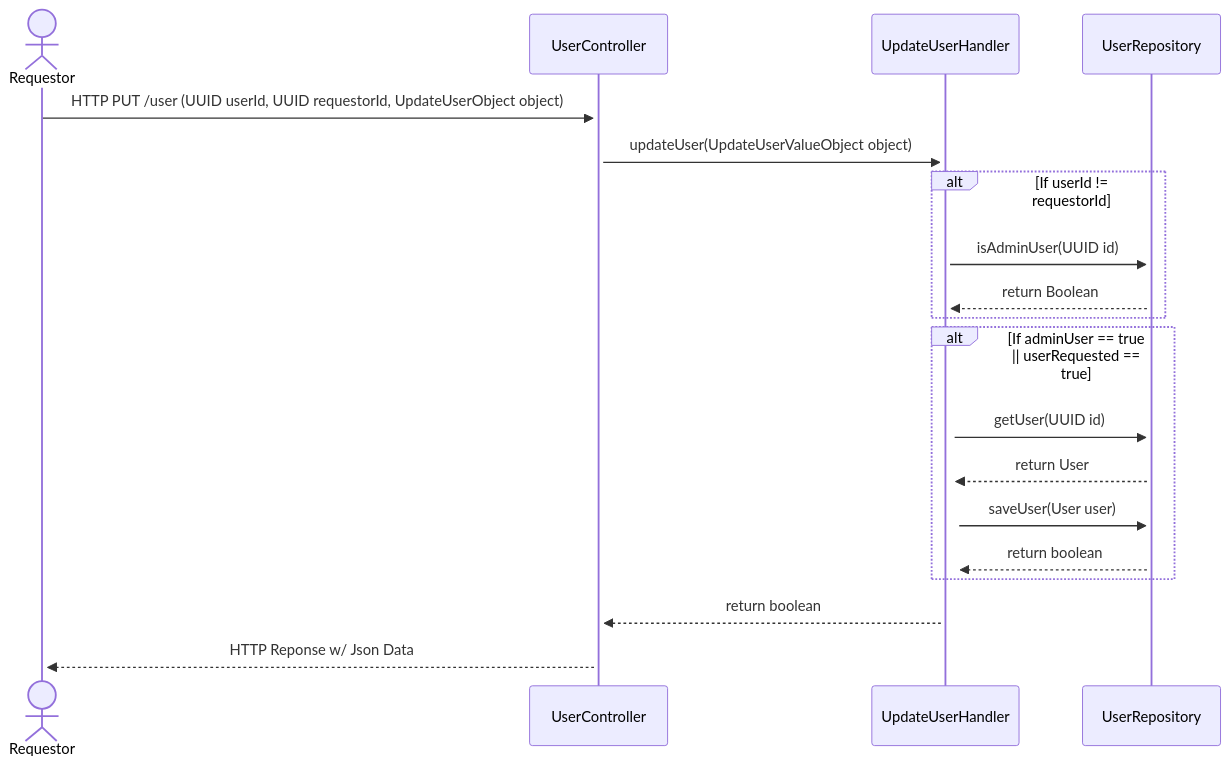
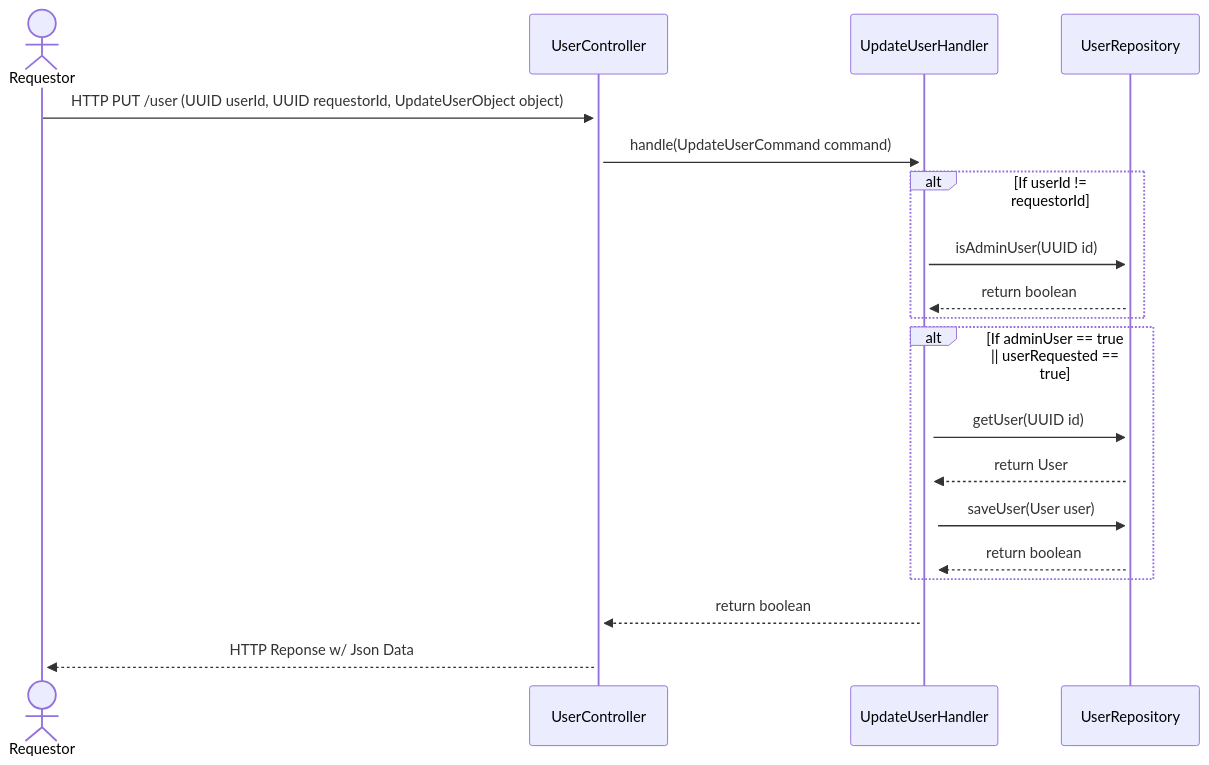
One commit to patrickSlaine/Java-Cloud-Storage changed the fourth of 7 diagrams in docs/pages/design/sequenceDiagrams.md. Above: the diagram before and after it, drawn with Mermaid. The commit also changed other lines of this file, not shown here.

Commit message:
Sequence Diagrams

````diff
--- a/docs/pages/design/sequenceDiagrams.md
+++ b/docs/pages/design/sequenceDiagrams.md
@@ -57,20 +57,20 @@
 ```mermaid
 sequenceDiagram
     actor Requestor
     Requestor ->>+ UserController: HTTP PUT /user (UUID userId, UUID requestorId, UpdateUserObject object)
-    UserController ->>+ UpdateUserHandler: updateUser(UpdateUserValueObject object)
+    UserController ->>+ UpdateUserHandler: handle(UpdateUserCommand command)
     alt If userId != requestorId
         UpdateUserHandler ->>+ UserRepository: isAdminUser(UUID id)
-        UserRepository -->>+ UpdateUserHandler: return Boolean
+        UserRepository -->>+ UpdateUserHandler: return boolean
     end
 
     alt If adminUser == true || userRequested == true
         UpdateUserHandler ->>+ UserRepository: getUser(UUID id)
         UserRepository -->>+ UpdateUserHandler: return User
         UpdateUserHandler ->>+ UserRepository: saveUser(User user)
         UserRepository -->>+ UpdateUserHandler: return boolean
     end
 
     UpdateUserHandler -->>+ UserController: return boolean
     UserController -->>+ Requestor: HTTP Reponse w/ Json Data
 ```
````
